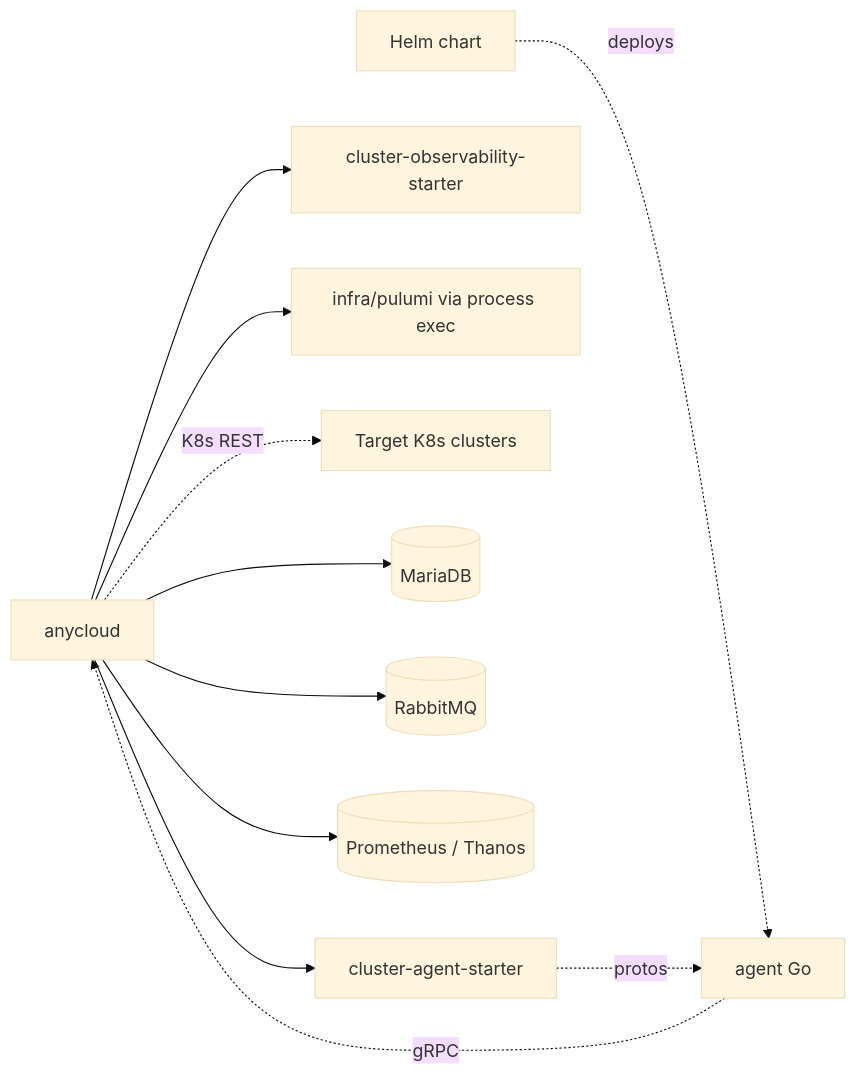
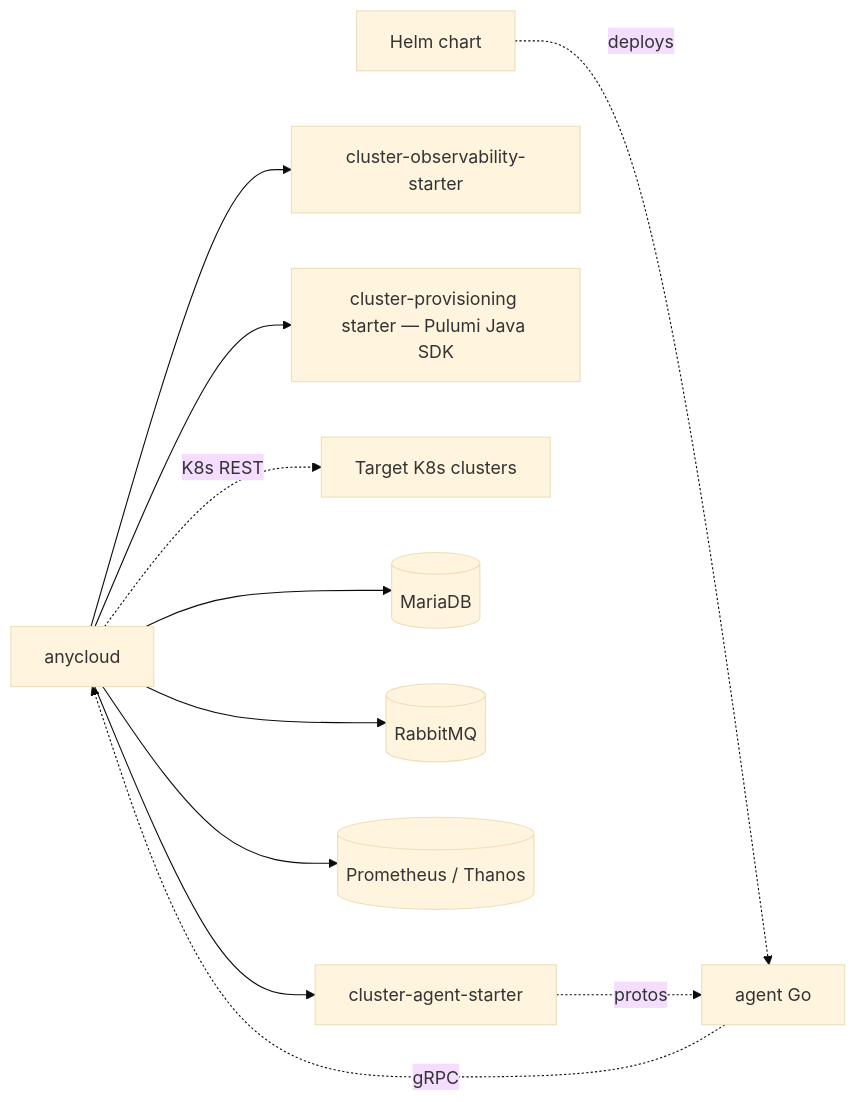
Before and after one commit to ai-paas/any-cloud-management: the diagram in docs/architecture/overview.md, drawn with Mermaid (base theme). The commit also changed other lines of this file and 131 other files, not shown here.

````diff
--- a/docs/architecture/overview.md
+++ b/docs/architecture/overview.md
@@ -285,13 +285,13 @@
 ```mermaid
 graph LR
   AC[anycloud] --> ACS[cluster-agent-starter]
   AC --> COS[cluster-observability-starter]
-  AC --> PUL[infra/pulumi via process exec]
+  AC --> PUL[cluster-provisioning starter — Pulumi Java SDK]
   AG[agent Go] -.gRPC.-> AC
   AC -.K8s REST.-> KS[Target K8s clusters]
   AC --> DB[(MariaDB)]
   AC --> RMQ[(RabbitMQ)]
   AC --> PROM[(Prometheus / Thanos)]
   HELM[Helm chart] -.deploys.-> AG
   ACS -.protos.-> AG
 ```
````
